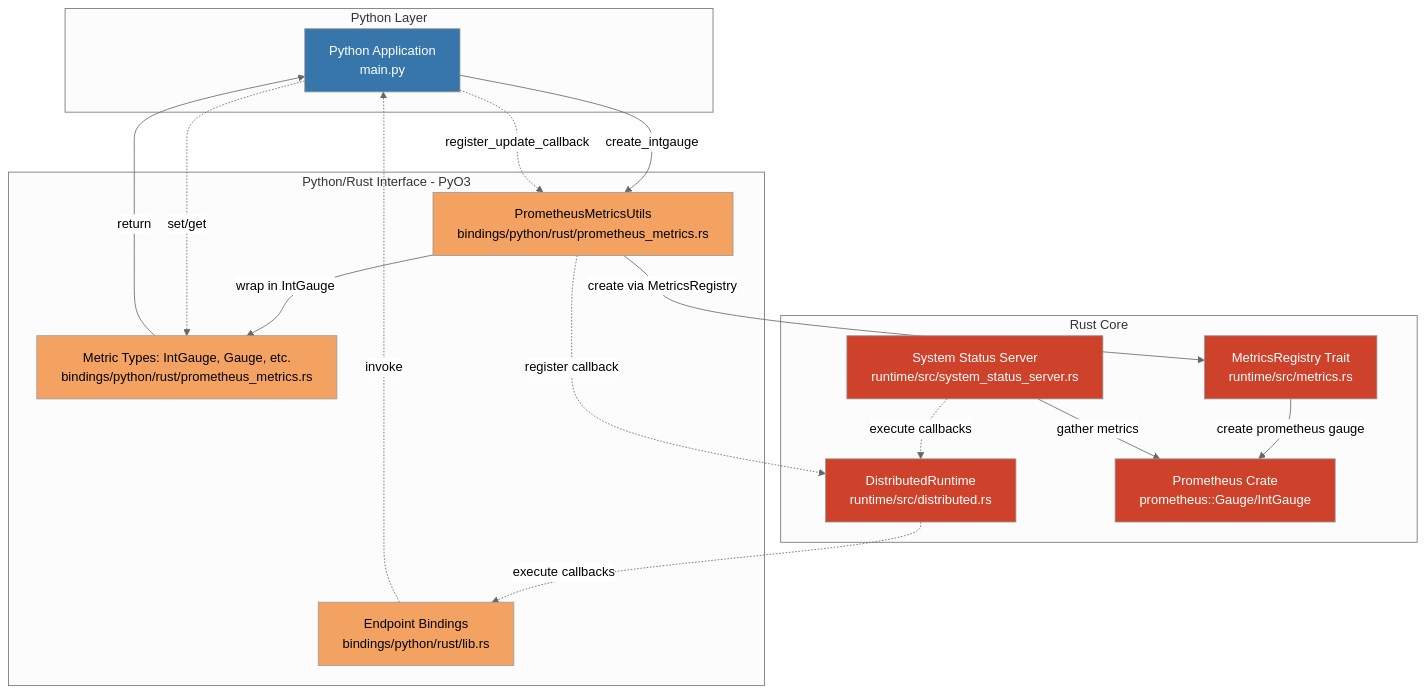
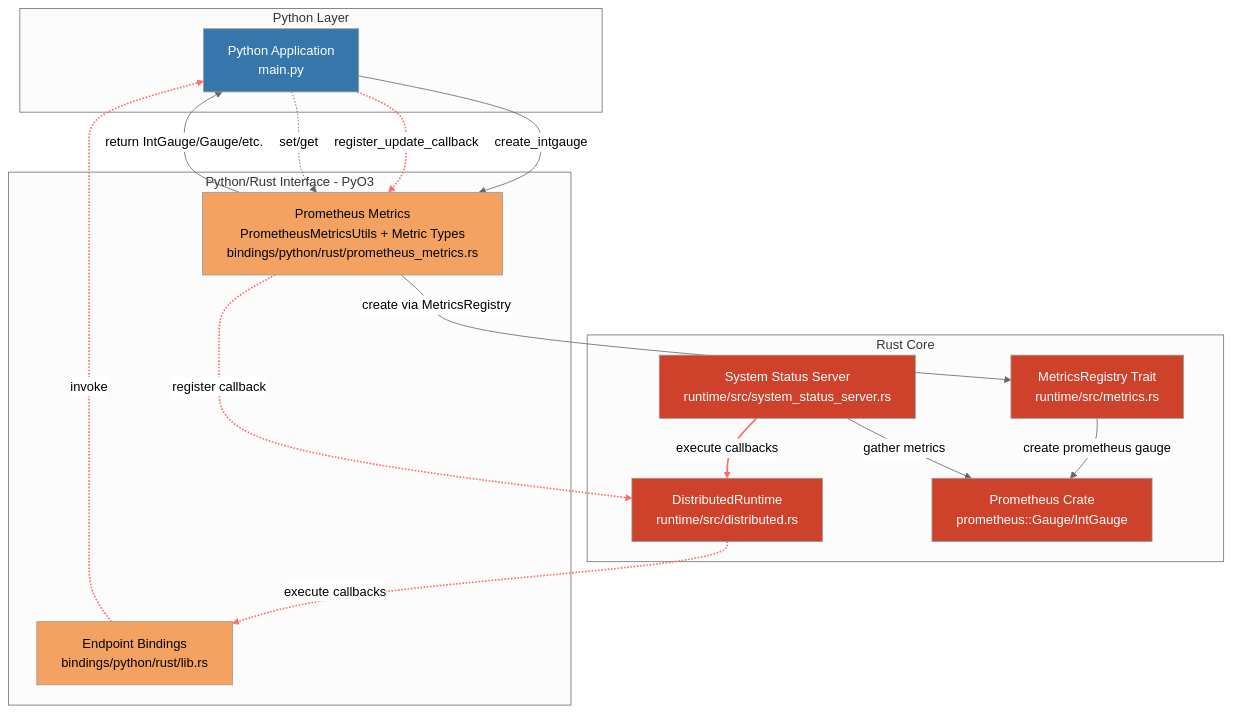
Before and after one commit to vickiegpt/dynamo: the second of 2 diagrams in lib/bindings/python/examples/metrics/README.md, drawn with Mermaid (neutral theme).

Commit message:
update mermaid

````diff
--- a/lib/bindings/python/examples/metrics/README.md
+++ b/lib/bindings/python/examples/metrics/README.md
@@ -290,40 +290,43 @@
 ```mermaid
 graph TD
     subgraph Python["Python Layer"]
         PY[Python Application<br/>main.py]
         style PY fill:#3776ab,color:#fff
     end
 
     subgraph PyO3["Python/Rust Interface - PyO3"]
-        PMU[PrometheusMetricsUtils<br/>bindings/python/rust/prometheus_metrics.rs]
-        MT["Metric Types: IntGauge, Gauge, etc.<br/>bindings/python/rust/prometheus_metrics.rs"]
+        PM[Prometheus Metrics<br/>PrometheusMetricsUtils + Metric Types<br/>bindings/python/rust/prometheus_metrics.rs]
         EP[Endpoint Bindings<br/>bindings/python/rust/lib.rs]
-        style PMU fill:#f4a261,color:#000
-        style MT fill:#f4a261,color:#000
+        style PM fill:#f4a261,color:#000
         style EP fill:#f4a261,color:#000
     end
 
     subgraph Rust["Rust Core"]
         MR[MetricsRegistry Trait<br/>runtime/src/metrics.rs]
         DRT[DistributedRuntime<br/>runtime/src/distributed.rs]
         PROM["Prometheus Crate<br/>prometheus::Gauge/IntGauge"]
         SS[System Status Server<br/>runtime/src/system_status_server.rs]
         style MR fill:#ce422b,color:#fff
         style DRT fill:#ce422b,color:#fff
         style PROM fill:#ce422b,color:#fff
         style SS fill:#ce422b,color:#fff
     end
 
-    PY -->|create_intgauge| PMU
-    PY -.->|register_update_callback| PMU
-    PMU -->|create via MetricsRegistry| MR
+    PY -->|create_intgauge| PM
+    PY -.->|register_update_callback| PM
+    PM -->|create via MetricsRegistry| MR
     MR -->|create prometheus gauge| PROM
-    PMU -->|wrap in IntGauge| MT
-    MT -->|return| PY
-    PY -.->|set/get| MT
-    PMU -.->|register callback| DRT
+    PM -->|return IntGauge/Gauge/etc.| PY
+    PY -.->|set/get| PM
+    PM -.->|register callback| DRT
     DRT -.->|execute callbacks| EP
     EP -.->|invoke| PY
-    SS -.->|execute callbacks| DRT
+    SS ==>|execute callbacks| DRT
     SS -->|gather metrics| PROM
+
+    linkStyle 1 stroke:#ff6b6b,stroke-width:2px
+    linkStyle 6 stroke:#ff6b6b,stroke-width:2px
+    linkStyle 7 stroke:#ff6b6b,stroke-width:2px
+    linkStyle 8 stroke:#ff6b6b,stroke-width:2px
+    linkStyle 9 stroke:#ff6b6b,stroke-width:2px
 ```
````
